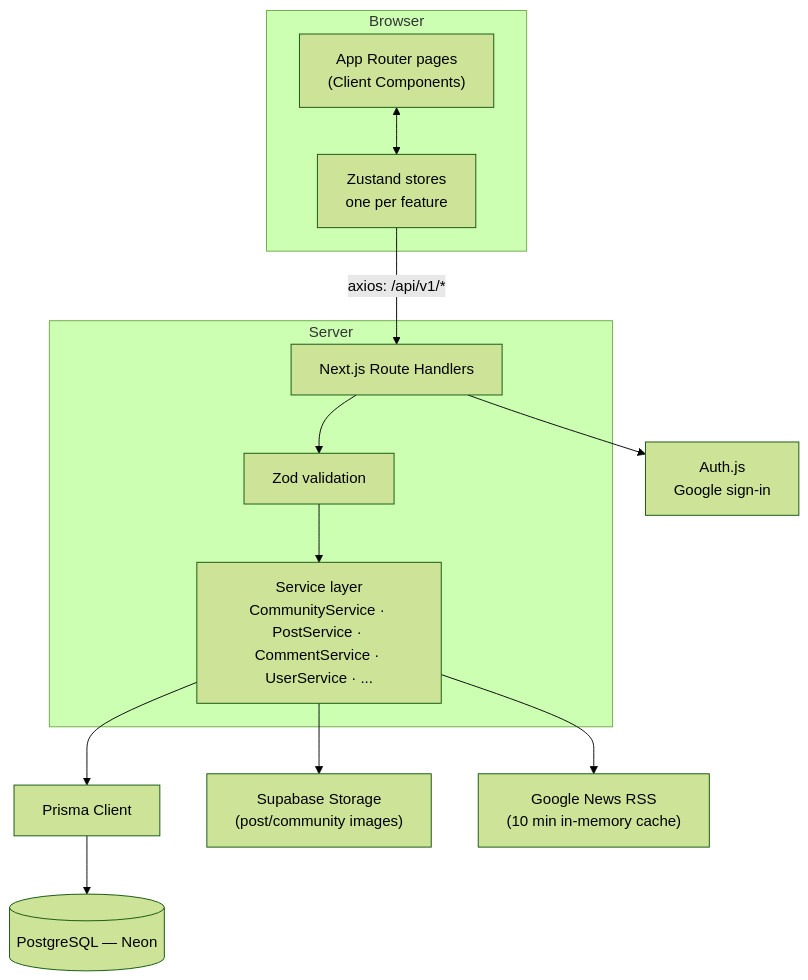
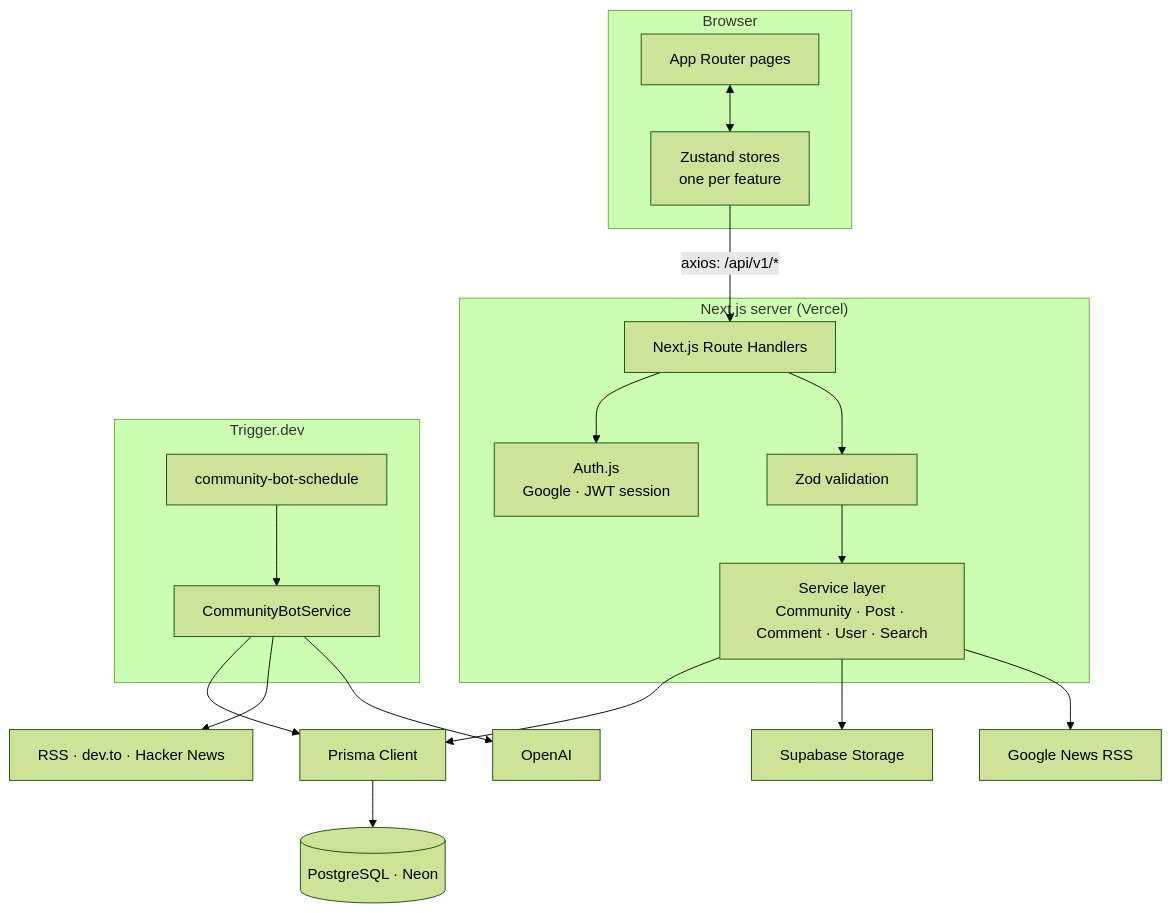
The second of 3 diagrams in README.md (kashyapkrlucky/connexus), drawn with Mermaid (forest theme) before and after one commit. The commit also changed other lines of this file and 14 other files, not shown here.

````diff
--- a/README.md
+++ b/README.md
@@ -41,22 +88,28 @@
 ```mermaid
 flowchart TD
     subgraph Client["Browser"]
-        UI["App Router pages<br/>(Client Components)"]
+        UI["App Router pages"]
         Stores["Zustand stores<br/>one per feature"]
         UI <--> Stores
     end
 
     Stores -->|axios: /api/v1/*| Routes["Next.js Route Handlers"]
 
-    subgraph Server["Server"]
+    subgraph Server["Next.js server (Vercel)"]
+        Routes --> Auth["Auth.js<br/>Google · JWT session"]
         Routes --> Zod["Zod validation"]
-        Zod --> Services["Service layer<br/>CommunityService · PostService · CommentService · UserService · ..."]
+        Zod --> Services["Service layer<br/>Community · Post · Comment · User · Search"]
+    end
+
+    subgraph Jobs["Trigger.dev"]
+        Schedule["community-bot-schedule"] --> Bot["CommunityBotService"]
     end
 
     Services --> Prisma["Prisma Client"]
-    Prisma --> DB[("PostgreSQL — Neon")]
-
-    Services --> Supabase["Supabase Storage<br/>(post/community images)"]
-    Services --> News["Google News RSS<br/>(10 min in-memory cache)"]
-    Routes --> Auth["Auth.js<br/>Google sign-in"]
+    Bot --> Prisma
+    Bot --> Sources["RSS · dev.to · Hacker News"]
+    Bot --> OpenAI["OpenAI"]
+    Prisma --> DB[("PostgreSQL · Neon")]
+    Services --> Supabase["Supabase Storage"]
+    Services --> News["Google News RSS"]
 ```
````
